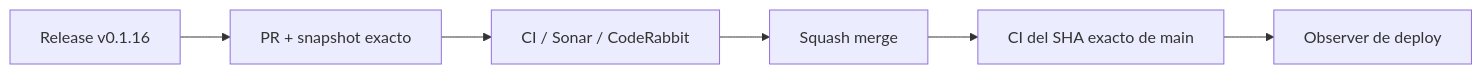
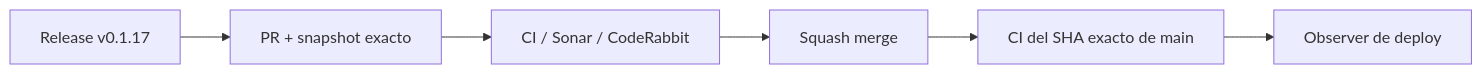
The diagram in README.md (pl0n3r/brvtal), drawn with Mermaid before and after one commit. The commit also changed other lines of this file and 5 other files, not shown here.

````diff
--- a/README.md
+++ b/README.md
@@ -47,8 +47,8 @@
 ```mermaid
 flowchart LR
- A["Release v0.1.16"] --> P["PR + snapshot exacto"]
+ A["Release v0.1.17"] --> P["PR + snapshot exacto"]
  P --> Q["CI / Sonar / CodeRabbit"]
  Q --> M["Squash merge"]
  M --> X["CI del SHA exacto de main"]
  X --> O["Observer de deploy"]
 ```
````
